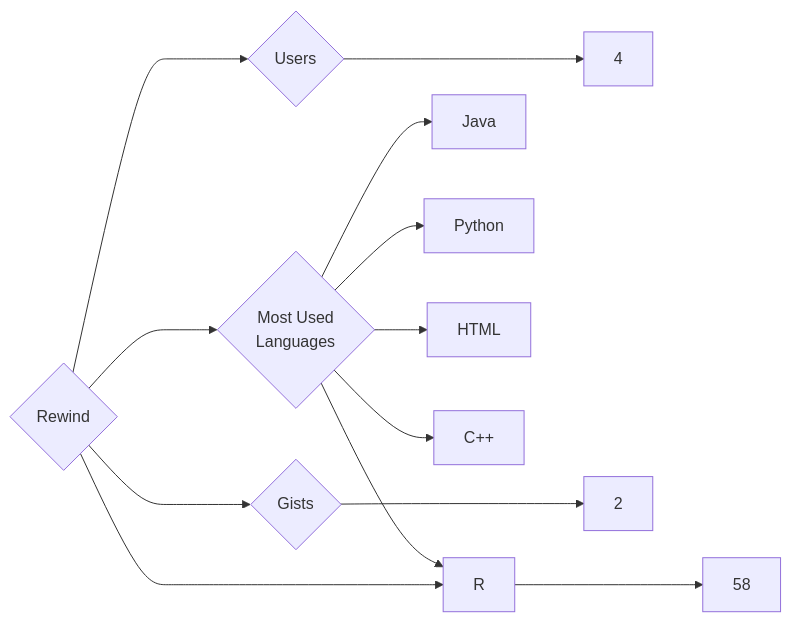
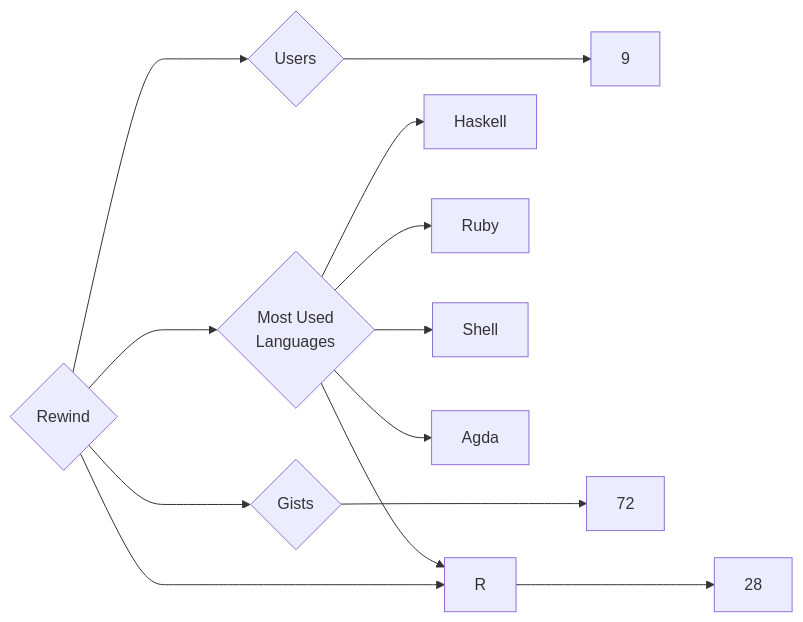
Before and after one commit to trickest/insiders: the diagram in targets/Rewind/README.md, drawn with Mermaid. The commit also changed 1696 other files, not shown here.

````diff
--- a/targets/Rewind/README.md
+++ b/targets/Rewind/README.md
@@ -3,13 +3,13 @@
 ```mermaid
 graph LR
 COMPANY_NAME{Rewind}
-COMPANY_NAME ---> U{Users} ---> UN[4]
-COMPANY_NAME ---> R{Repositories} ---> RN[58]
-COMPANY_NAME ---> G{Gists} ---> GN[2]
+COMPANY_NAME ---> U{Users} ---> UN[9]
+COMPANY_NAME ---> R{Repositories} ---> RN[28]
+COMPANY_NAME ---> G{Gists} ---> GN[72]
 COMPANY_NAME ---> ML{Most Used<br>Languages}
-ML --> Java[Java]
-ML --> Python[Python]
-ML --> HTML[HTML]
-ML --> C++[C++]
+ML --> Haskell[Haskell]
+ML --> Ruby[Ruby]
+ML --> Shell[Shell]
+ML --> Agda[Agda]
 ML --> R[R]
 ```
````
